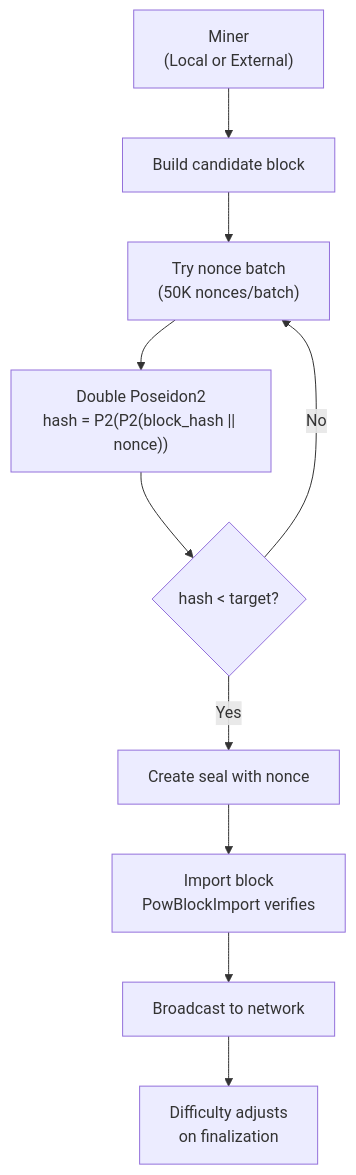
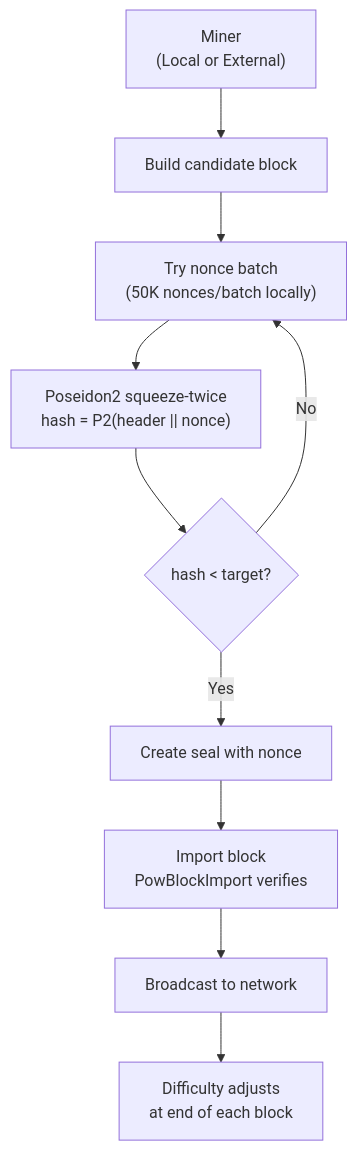
One commit to Quantus-Network/docs changed the diagram in docs/deep-dives/qpow.md. Above: the diagram before and after it, drawn with Mermaid. The commit also changed other lines of this file and 7 other files, not shown here.

First line of the commit message:
docs: correct QPoW hash, difficulty, and emission claims

````diff
--- a/docs/deep-dives/qpow.md
+++ b/docs/deep-dives/qpow.md
@@ -36,12 +35,12 @@
 ```mermaid
 flowchart TD
     Miner["Miner<br/>(Local or External)"] --> BuildBlock["Build candidate block"]
-    BuildBlock --> TryNonce["Try nonce batch<br/>(50K nonces/batch)"]
-    TryNonce --> Hash["Double Poseidon2<br/>hash = P2(P2(block_hash || nonce))"]
+    BuildBlock --> TryNonce["Try nonce batch<br/>(50K nonces/batch locally)"]
+    TryNonce --> Hash["Poseidon2 squeeze-twice<br/>hash = P2(header || nonce)"]
     Hash --> Check{"hash < target?"}
     Check -->|No| TryNonce
     Check -->|Yes| Seal["Create seal with nonce"]
     Seal --> Import["Import block<br/>PowBlockImport verifies"]
     Import --> Broadcast["Broadcast to network"]
-    Broadcast --> Difficulty["Difficulty adjusts<br/>on finalization"]
+    Broadcast --> Difficulty["Difficulty adjusts<br/>at end of each block"]
 ```
````
